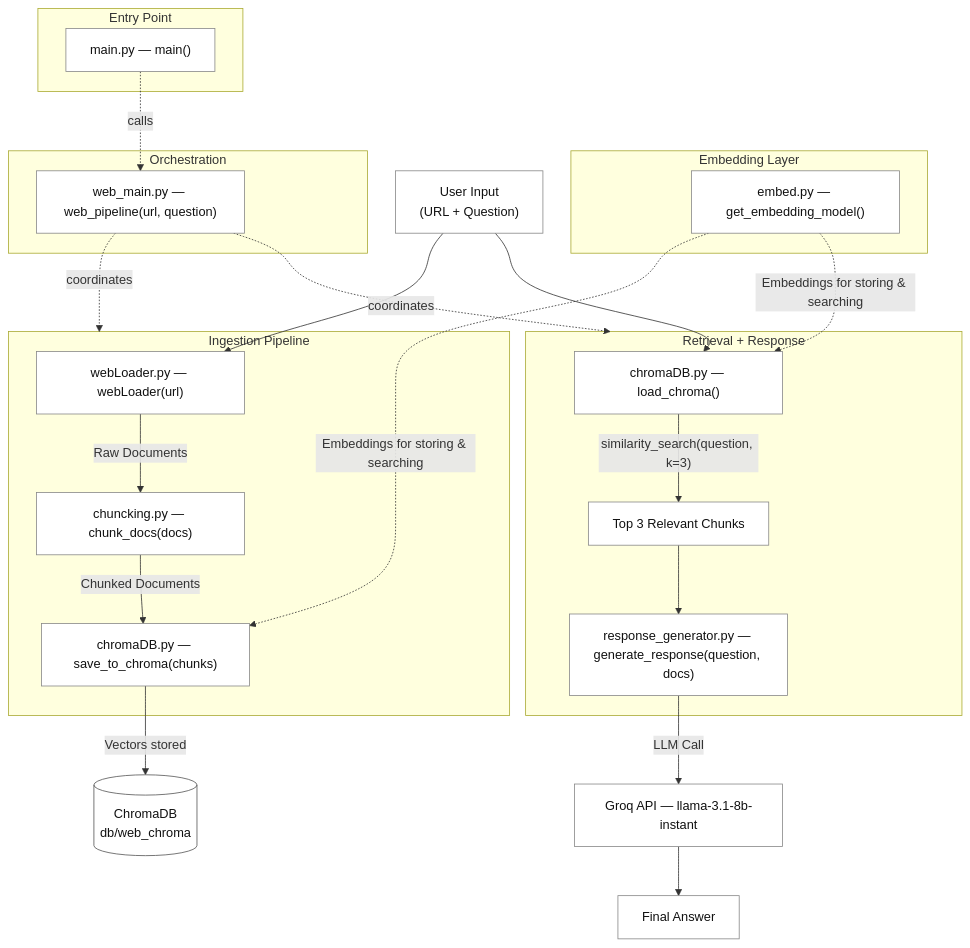
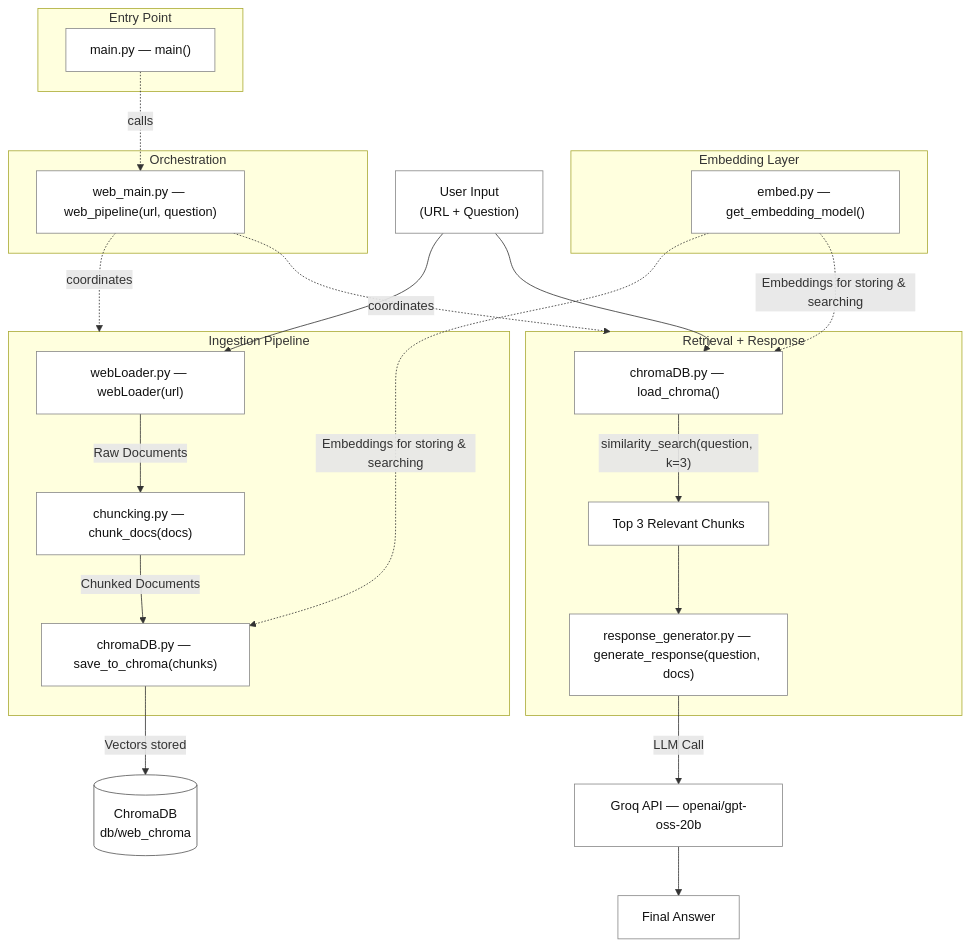
The diagram in architechture/web.architecture.md (0xJoy07/OmniQuery), drawn with Mermaid before and after one commit.

````diff
--- a/architechture/web.architecture.md
+++ b/architechture/web.architecture.md
@@ -1,48 +1,48 @@
 ```mermaid
 flowchart TD
     A["User Input\n(URL + Question)"] --> B
 
     subgraph INGESTION["Ingestion Pipeline"]
         B["webLoader.py — webLoader(url)"]
         B -->|Raw Documents| C["chuncking.py — chunk_docs(docs)"]
         C -->|Chunked Documents| D["chromaDB.py — save_to_chroma(chunks)"]
     end
 
     subgraph EMBEDDING["Embedding Layer"]
         E["embed.py — get_embedding_model()"]
     end
 
     D -->|Vectors stored| F[("ChromaDB\ndb/web_chroma")]
     A --> G
 
     subgraph RETRIEVAL["Retrieval + Response"]
         G["chromaDB.py — load_chroma()"]
         G -->|"similarity_search(question, k=3)"| H["Top 3 Relevant Chunks"]
         H --> I["response_generator.py — generate_response(question, docs)"]
     end
 
     E -.->|Embeddings for storing & searching| D
     E -.->|Embeddings for storing & searching| G
-    I -->|LLM Call| J["Groq API — llama-3.1-8b-instant"]
+    I -->|LLM Call| J["Groq API — openai/gpt-oss-20b"]
     J --> K["Final Answer"]
 
     subgraph ORCHESTRATOR["Orchestration"]
         L["web_main.py — web_pipeline(url, question)"]
     end
 
     L -.->|coordinates| INGESTION
     L -.->|coordinates| RETRIEVAL
 
     subgraph ENTRY["Entry Point"]
         M["main.py — main()"]
     end
 
     M -.->|calls| L
 
     classDef default fill:#ffffff,stroke:#888,stroke-width:1px,color:#111
     %% classDef io fill:#eeeeee,stroke:#333,stroke-width:1.5px,color:#111,font-weight:bold
     classDef store fill:#ffffff,stroke:#555,stroke-width:1px,color:#111
 
     class A,K io
     class F store
 ```
````
